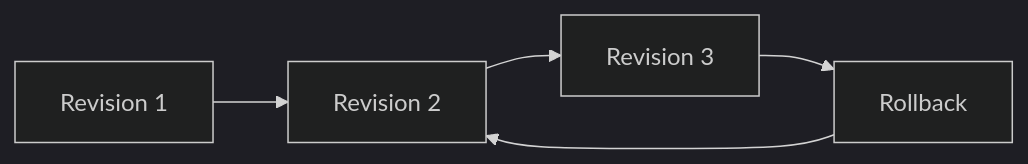
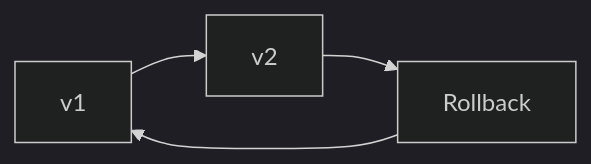
One commit to ieftraining/curso-openshift changed the ninth of 9 diagrams in docs/sesion2/2.1 Cargas de trabajo.md. Above: the diagram before and after it, drawn with Mermaid (dark theme). The commit also changed other lines of this file, not shown here.

````diff
--- a/docs/sesion2/2.1 Cargas de trabajo.md
+++ b/docs/sesion2/2.1 Cargas de trabajo.md
@@ -313,9 +486,9 @@
 ```mermaid
 flowchart LR
-    R1[Revision 1]
-    --> R2[Revision 2]
-    --> R3[Revision 3]
+    A[v1]
+    --> B[v2]
 
-    R3 --> RB[Rollback]
-    RB --> R2
+    B --> C[Rollback]
+
+    C --> A
 ```
````
